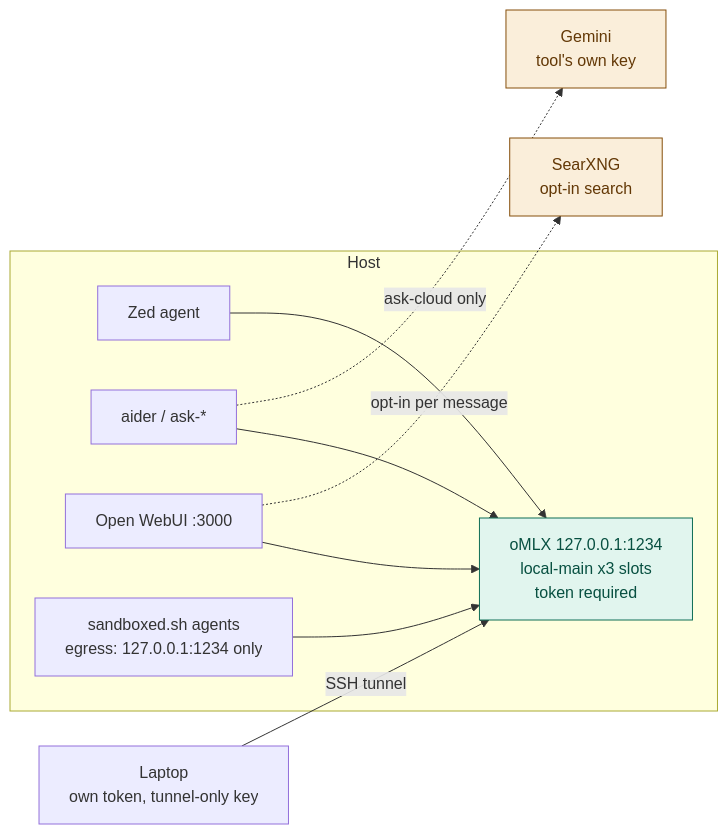
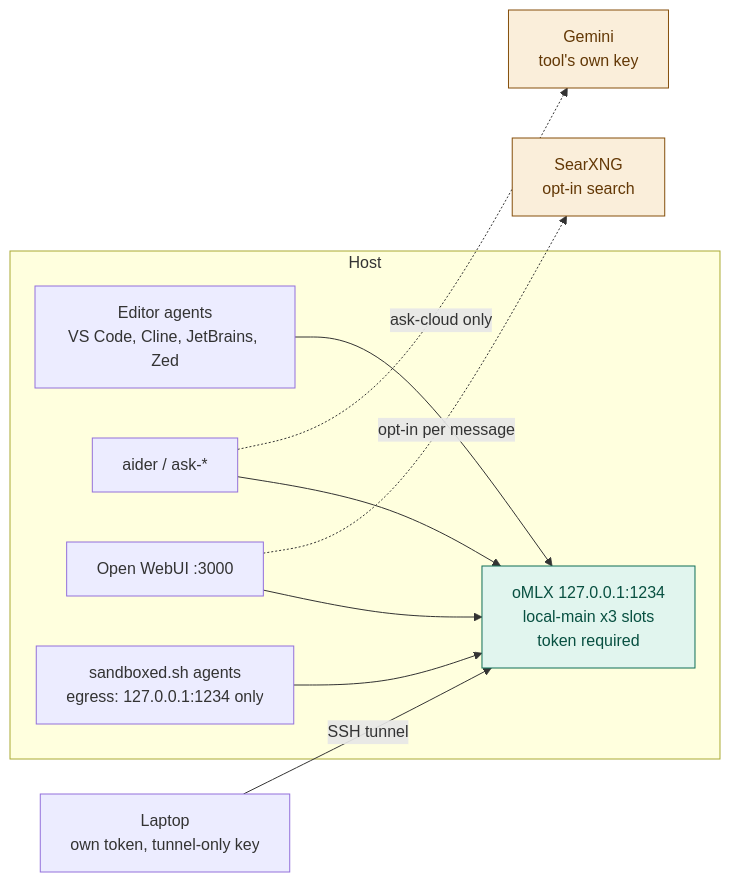
Before and after one commit to ouster/hearth: the diagram in README.md, drawn with Mermaid. The commit also changed other lines of this file and 8 other files, not shown here.

````diff
--- a/README.md
+++ b/README.md
@@ -28,26 +28,26 @@
 ```mermaid
 flowchart LR
     subgraph host["Host"]
-        zed["Zed agent"]
+        zed["Editor agents<br/>VS Code, Cline, JetBrains, Zed"]
         aider["aider / ask-*"]
         webui["Open WebUI :3000"]
         sbx["sandboxed.sh agents<br/>egress: 127.0.0.1:1234 only"]
         srv["oMLX 127.0.0.1:1234<br/>local-main x3 slots<br/>token required"]
     end
     laptop["Laptop<br/>own token, tunnel-only key"]
     cloud["Gemini<br/>tool's own key"]
     searx["SearXNG<br/>opt-in search"]
 
     zed --> srv
     aider --> srv
     webui --> srv
     sbx --> srv
     laptop -->|"SSH tunnel"| srv
     aider -.->|"ask-cloud only"| cloud
     webui -.->|"opt-in per message"| searx
 
     classDef localCls fill:#E1F5EE,stroke:#0F6E56,color:#085041
     classDef leaveCls fill:#FAEEDA,stroke:#854F0B,color:#633806
     class srv localCls
     class cloud,searx leaveCls
 ```
````
